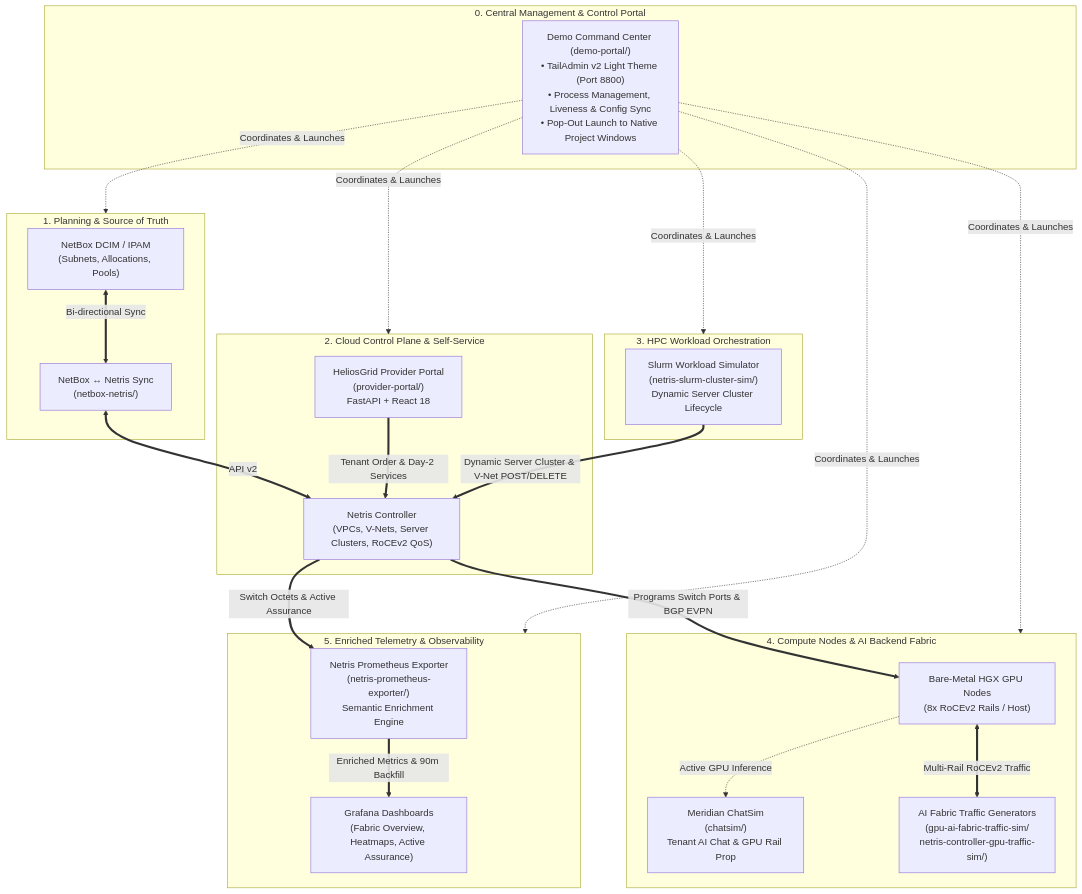
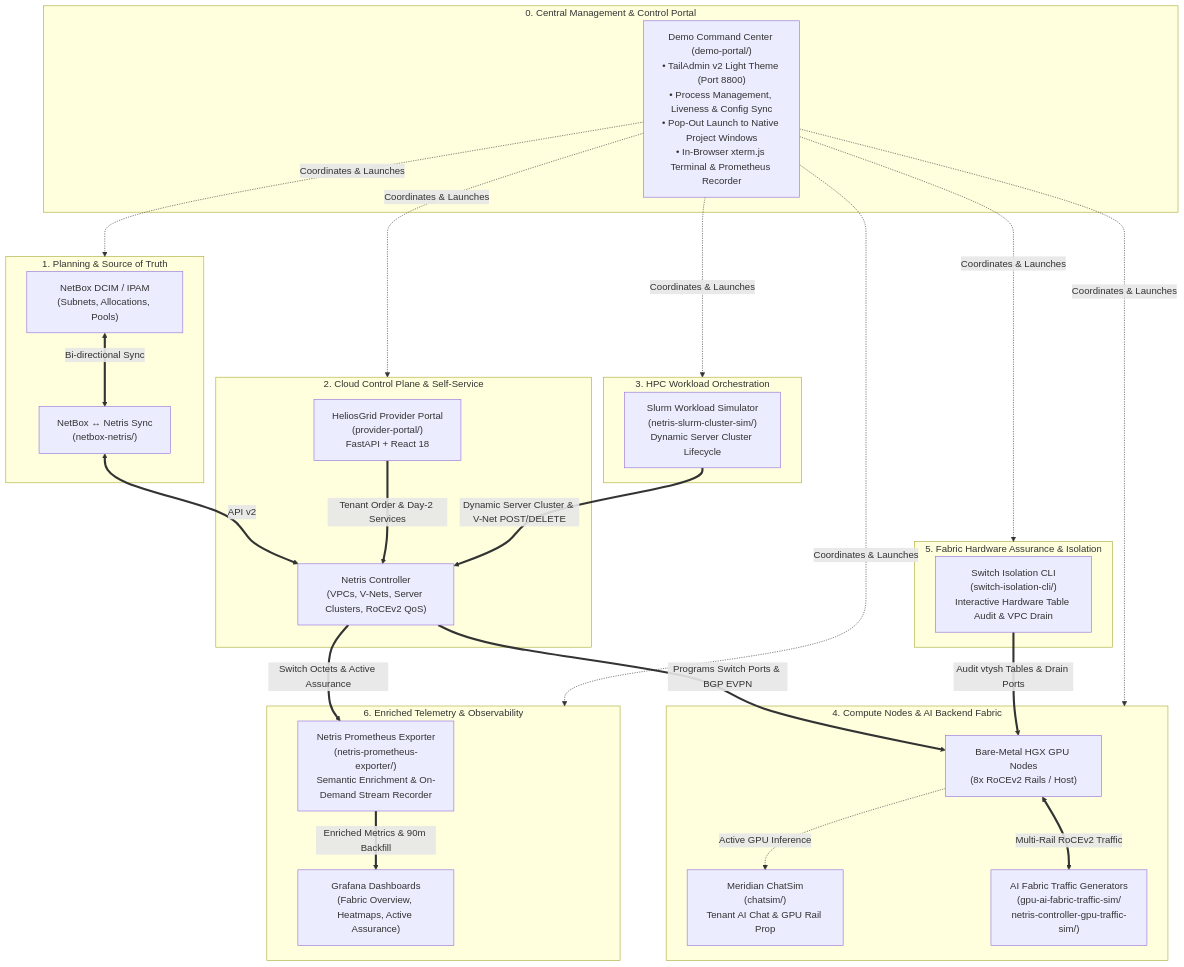
Before and after one commit to iamjarvs/netris_demo_portal: the first of 2 diagrams in README.md, drawn with Mermaid. The commit also changed other lines of this file and 43 other files, not shown here.

First line of the commit message:
feat(suite): integrate switch-isolation-cli, in-browser terminal, and on-demand prometheus telemetry recorder

````diff
--- a/README.md
+++ b/README.md
@@ -22,42 +22,47 @@
 ```mermaid
 graph TB
     subgraph ManagementHub ["0. Central Management & Control Portal"]
-        CommandCenter["Demo Command Center (demo-portal/)<br/>• TailAdmin v2 Light Theme (Port 8800)<br/>• Process Management, Liveness & Config Sync<br/>• Pop-Out Launch to Native Project Windows"]
+        CommandCenter["Demo Command Center (demo-portal/)<br/>• TailAdmin v2 Light Theme (Port 8800)<br/>• Process Management, Liveness & Config Sync<br/>• Pop-Out Launch to Native Project Windows<br/>• In-Browser xterm.js Terminal & Prometheus Recorder"]
     end
 
     subgraph Planning ["1. Planning & Source of Truth"]
         NetBox["NetBox DCIM / IPAM<br/>(Subnets, Allocations, Pools)"]
         SyncService["NetBox ↔ Netris Sync<br/>(netbox-netris/)"]
     end
 
     subgraph ControlPlane ["2. Cloud Control Plane & Self-Service"]
         Portal["HeliosGrid Provider Portal<br/>(provider-portal/)<br/>FastAPI + React 18"]
         NetrisCTL["Netris Controller<br/>(VPCs, V-Nets, Server Clusters, RoCEv2 QoS)"]
     end
 
     subgraph Orchestration ["3. HPC Workload Orchestration"]
         Slurm["Slurm Workload Simulator<br/>(netris-slurm-cluster-sim/)<br/>Dynamic Server Cluster Lifecycle"]
     end
 
     subgraph ComputeFabric ["4. Compute Nodes & AI Backend Fabric"]
         HGX["Bare-Metal HGX GPU Nodes<br/>(8x RoCEv2 Rails / Host)"]
         Meridian["Meridian ChatSim<br/>(chatsim/)<br/>Tenant AI Chat & GPU Rail Prop"]
         TrafficSim["AI Fabric Traffic Generators<br/>(gpu-ai-fabric-traffic-sim/<br/>netris-controller-gpu-traffic-sim/)"]
     end
 
-    subgraph Observability ["5. Enriched Telemetry & Observability"]
-        Exporter["Netris Prometheus Exporter<br/>(netris-prometheus-exporter/)<br/>Semantic Enrichment Engine"]
+    subgraph Assurance ["5. Fabric Hardware Assurance & Isolation"]
+        IsolationTool["Switch Isolation CLI<br/>(switch-isolation-cli/)<br/>Interactive Hardware Table Audit & VPC Drain"]
+    end
+
+    subgraph Observability ["6. Enriched Telemetry & Observability"]
+        Exporter["Netris Prometheus Exporter<br/>(netris-prometheus-exporter/)<br/>Semantic Enrichment & On-Demand Stream Recorder"]
         Dashboards["Grafana Dashboards<br/>(Fabric Overview, Heatmaps, Active Assurance)"]
     end
 
-    CommandCenter -.->|Coordinates & Launches| Planning & ControlPlane & Orchestration & ComputeFabric & Observability
+    CommandCenter -.->|Coordinates & Launches| Planning & ControlPlane & Orchestration & ComputeFabric & Assurance & Observability
     NetBox <==>|Bi-directional Sync| SyncService
     SyncService <==>|API v2| NetrisCTL
     Portal ==>|Tenant Order & Day-2 Services| NetrisCTL
     Slurm ==>|Dynamic Server Cluster & V-Net POST/DELETE| NetrisCTL
     NetrisCTL ==>|Programs Switch Ports & BGP EVPN| HGX
     HGX -.->|Active GPU Inference| Meridian
     HGX <==>|Multi-Rail RoCEv2 Traffic| TrafficSim
+    IsolationTool ==>|Audit vtysh Tables & Drain Ports| HGX
     NetrisCTL ==>|Switch Octets & Active Assurance| Exporter
     Exporter ==>|Enriched Metrics & 90m Backfill| Dashboards
 ```
````
